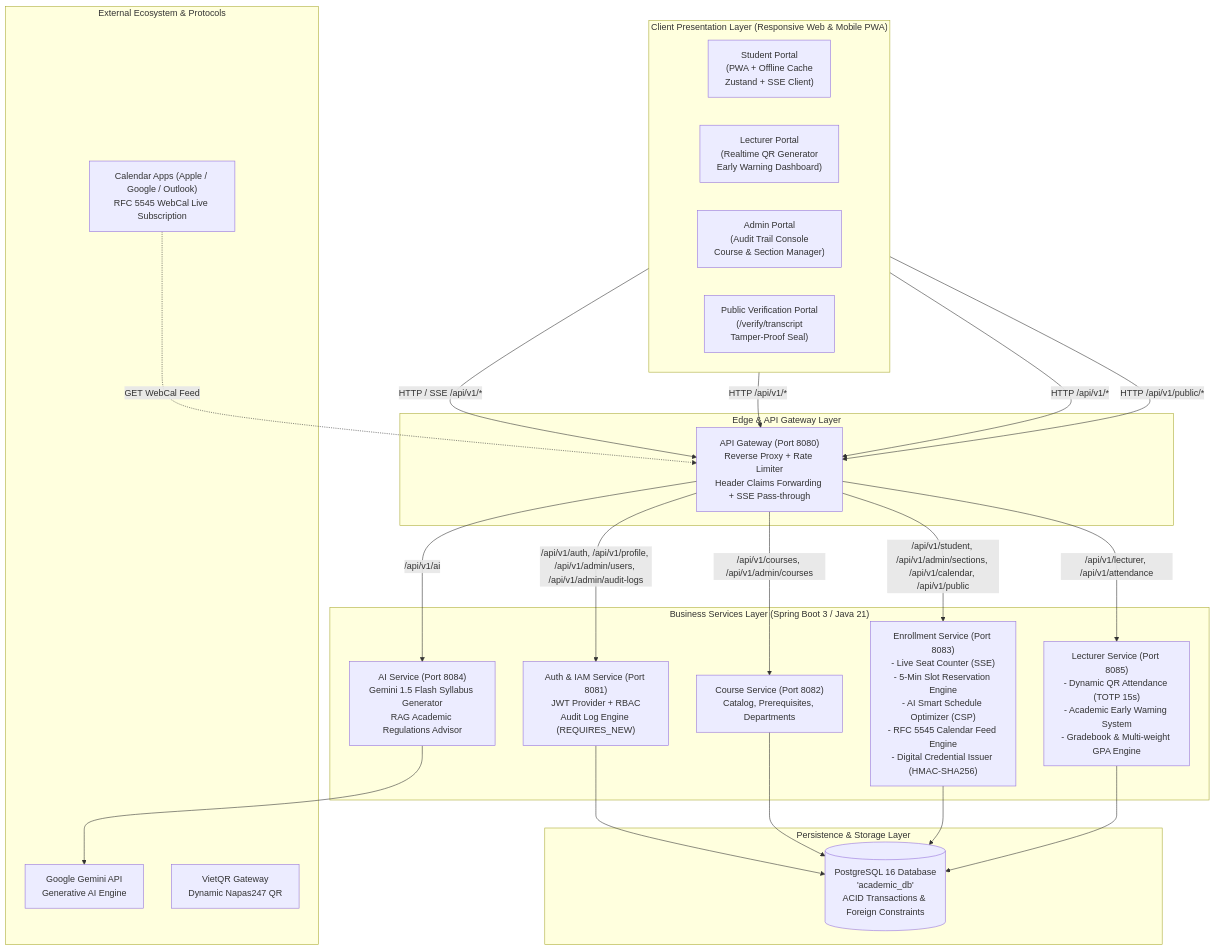
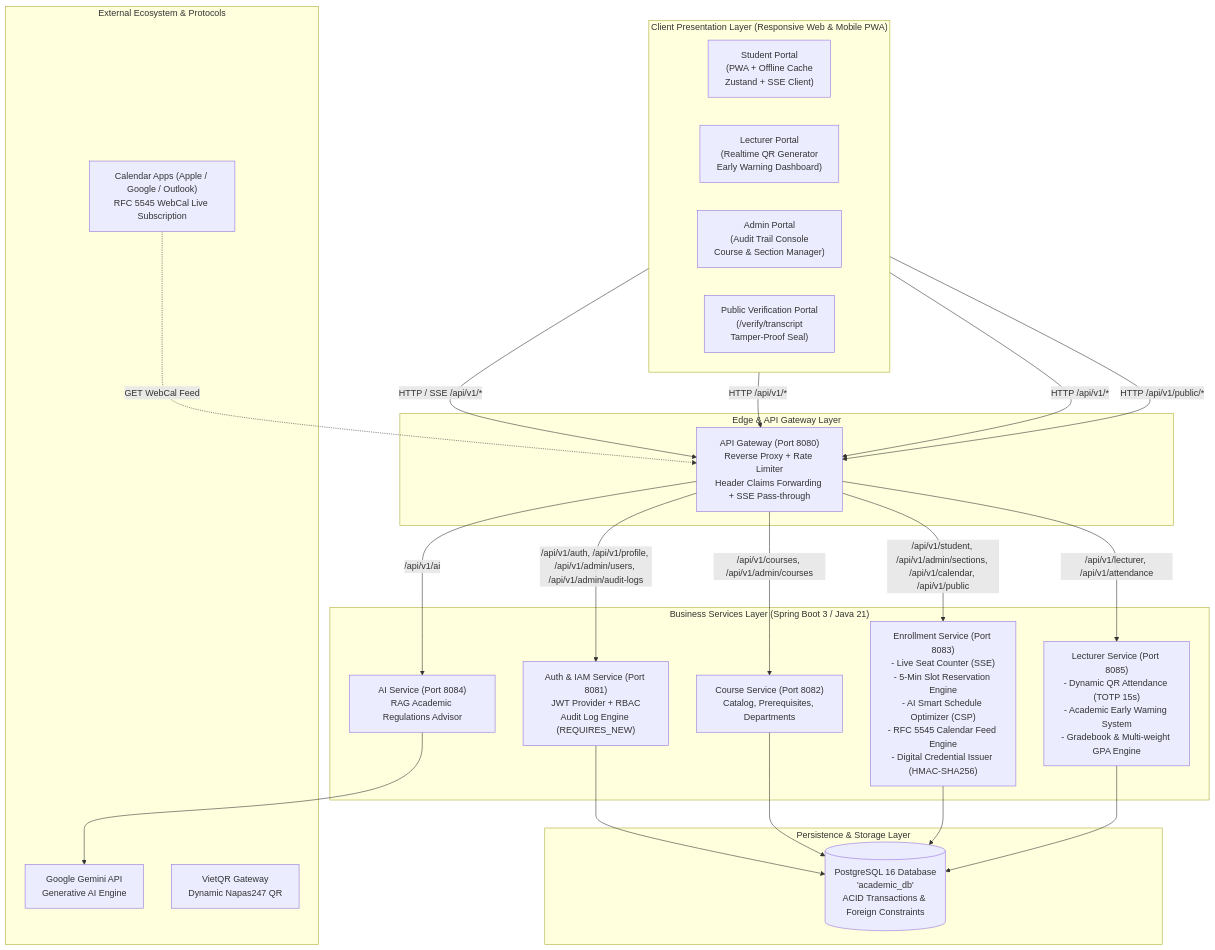
Before and after one commit to minh2307/Student-Information-System: the first of 7 diagrams in SRS.md, drawn with Mermaid. The commit also changed other lines of this file and 18 other files, not shown here.

Commit message:
feat(ai-service, srs): remove UC-20 AI syllabus generator and standardize 20 use cases

````diff
--- a/SRS.md
+++ b/SRS.md
@@ -90,51 +90,51 @@
 ```mermaid
 flowchart TB
     subgraph ClientLayer ["Client Presentation Layer (Responsive Web & Mobile PWA)"]
         direction LR
         FE_STU["Student Portal\n(PWA + Offline Cache\nZustand + SSE Client)"]
         FE_LEC["Lecturer Portal\n(Realtime QR Generator\nEarly Warning Dashboard)"]
         FE_ADM["Admin Portal\n(Audit Trail Console\nCourse & Section Manager)"]
         FE_PUB["Public Verification Portal\n(/verify/transcript\nTamper-Proof Seal)"]
     end
 
     subgraph EdgeLayer ["Edge & API Gateway Layer"]
         GW["API Gateway (Port 8080)\nReverse Proxy + Rate Limiter\nHeader Claims Forwarding + SSE Pass-through"]
     end
 
     subgraph Microservices ["Business Services Layer (Spring Boot 3 / Java 21)"]
         SVC_AUTH["Auth & IAM Service (Port 8081)\nJWT Provider + RBAC\nAudit Log Engine (REQUIRES_NEW)"]
         SVC_COURSE["Course Service (Port 8082)\nCatalog, Prerequisites, Departments"]
         SVC_ENROLL["Enrollment Service (Port 8083)\n- Live Seat Counter (SSE)\n- 5-Min Slot Reservation Engine\n- AI Smart Schedule Optimizer (CSP)\n- RFC 5545 Calendar Feed Engine\n- Digital Credential Issuer (HMAC-SHA256)"]
         SVC_LEC["Lecturer Service (Port 8085)\n- Dynamic QR Attendance (TOTP 15s)\n- Academic Early Warning System\n- Gradebook & Multi-weight GPA Engine"]
-        SVC_AI["AI Service (Port 8084)\nGemini 1.5 Flash Syllabus Generator\nRAG Academic Regulations Advisor"]
+        SVC_AI["AI Service (Port 8084)\nRAG Academic Regulations Advisor"]
     end
 
     subgraph PersistenceLayer ["Persistence & Storage Layer"]
         DB[(PostgreSQL 16 Database\n'academic_db'\nACID Transactions & Foreign Constraints)]
     end
 
     subgraph ExternalEcosystem ["External Ecosystem & Protocols"]
         CAL_APPS["Calendar Apps (Apple / Google / Outlook)\nRFC 5545 WebCal Live Subscription"]
         EXT_GEMINI["Google Gemini API\nGenerative AI Engine"]
         EXT_VIETQR["VietQR Gateway\nDynamic Napas247 QR"]
     end
 
     FE_STU -->|HTTP / SSE /api/v1/*| GW
     FE_LEC -->|HTTP /api/v1/*| GW
     FE_ADM -->|HTTP /api/v1/*| GW
     FE_PUB -->|HTTP /api/v1/public/*| GW
 
     GW -->|/api/v1/auth, /api/v1/profile, /api/v1/admin/users, /api/v1/admin/audit-logs| SVC_AUTH
     GW -->|/api/v1/courses, /api/v1/admin/courses| SVC_COURSE
     GW -->|/api/v1/student, /api/v1/admin/sections, /api/v1/calendar, /api/v1/public| SVC_ENROLL
     GW -->|/api/v1/lecturer, /api/v1/attendance| SVC_LEC
     GW -->|/api/v1/ai| SVC_AI
 
     SVC_AUTH --> DB
     SVC_COURSE --> DB
     SVC_ENROLL --> DB
     SVC_LEC --> DB
     SVC_AI --> EXT_GEMINI
 
     CAL_APPS -.->|GET WebCal Feed| GW
 ```
````
